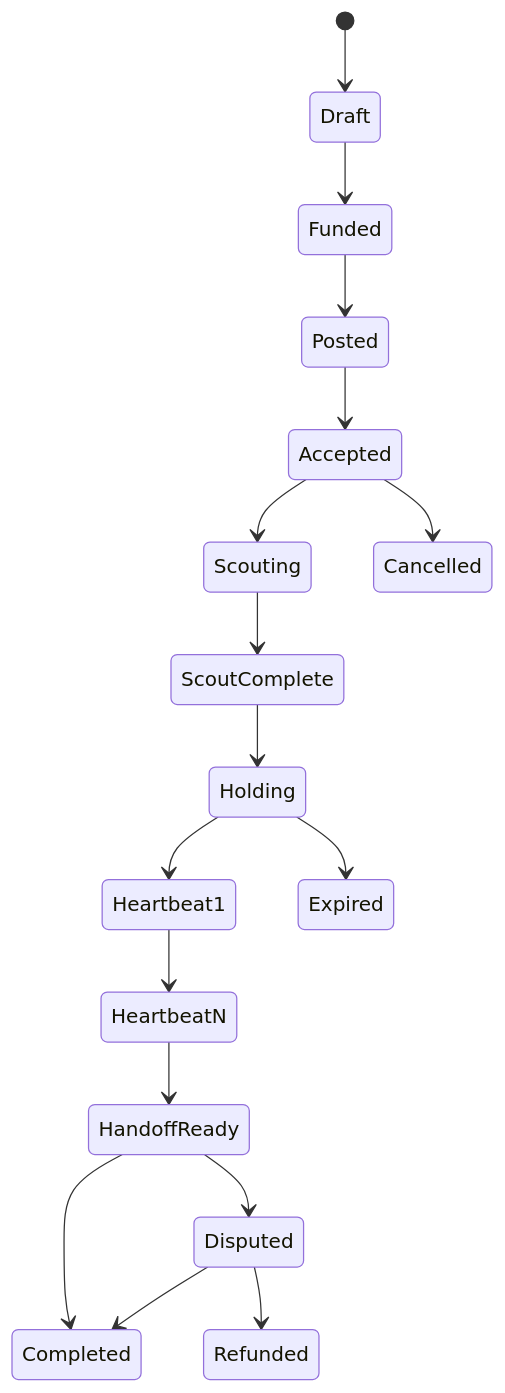
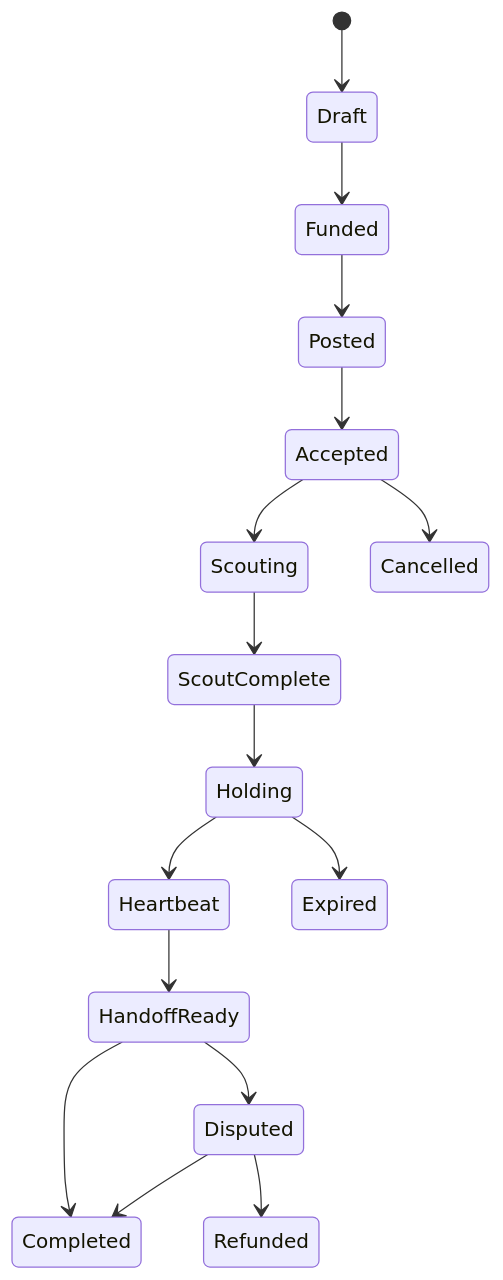
The diagram in SPEC.md (p0s/QueueKeeper), drawn with Mermaid before and after one commit. The commit also changed other lines of this file and 12 other files, not shown here.

````diff
--- a/SPEC.md
+++ b/SPEC.md
@@ -167,19 +168,18 @@
 ```mermaid
 stateDiagram-v2
  [*] --> Draft
  Draft --> Funded
  Funded --> Posted
  Posted --> Accepted
  Accepted --> Scouting
  Scouting --> ScoutComplete
  ScoutComplete --> Holding
- Holding --> Heartbeat1
- Heartbeat1 --> HeartbeatN
- HeartbeatN --> HandoffReady
+ Holding --> Heartbeat
+ Heartbeat --> HandoffReady
  HandoffReady --> Completed
  Accepted --> Cancelled
  Holding --> Expired
  HandoffReady --> Disputed
  Disputed --> Completed
  Disputed --> Refunded
 ```
````
